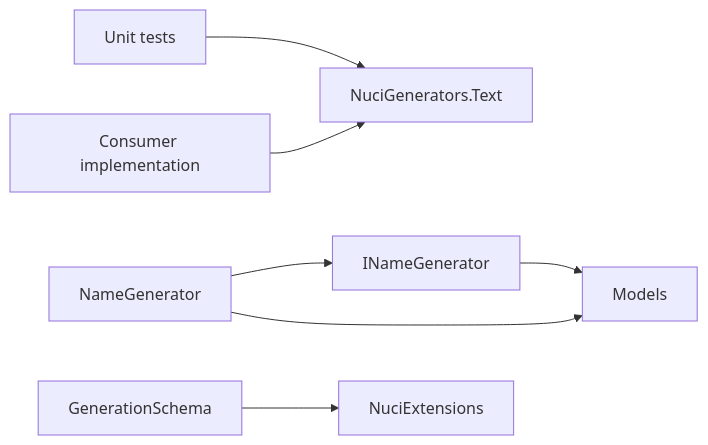
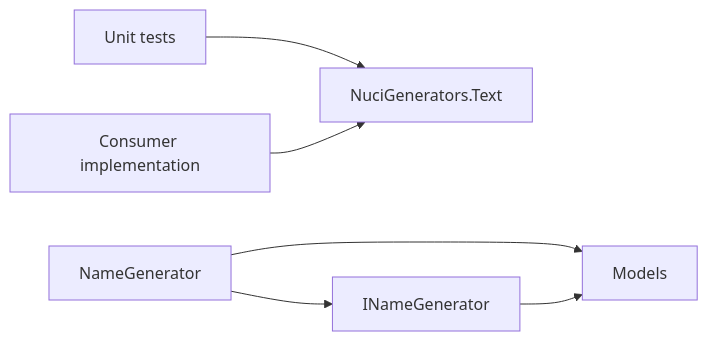
Before and after one commit to hmlendea/nucigenerators.text: the fifth of 5 diagrams in ARCHITECTURE.md, drawn with Mermaid. The commit also changed other lines of this file and 9 other files, not shown here.

````diff
--- a/ARCHITECTURE.md
+++ b/ARCHITECTURE.md
@@ -159,9 +159,8 @@
 ```mermaid
 flowchart LR
   Tests[Unit tests] --> Production[NuciGenerators.Text]
   Consumer[Consumer implementation] --> Production
   Generator[NameGenerator] --> Contract[INameGenerator]
   Generator --> Models[Models]
   Contract --> Models
-  Schema[GenerationSchema] --> Extensions[NuciExtensions]
 ```
````
